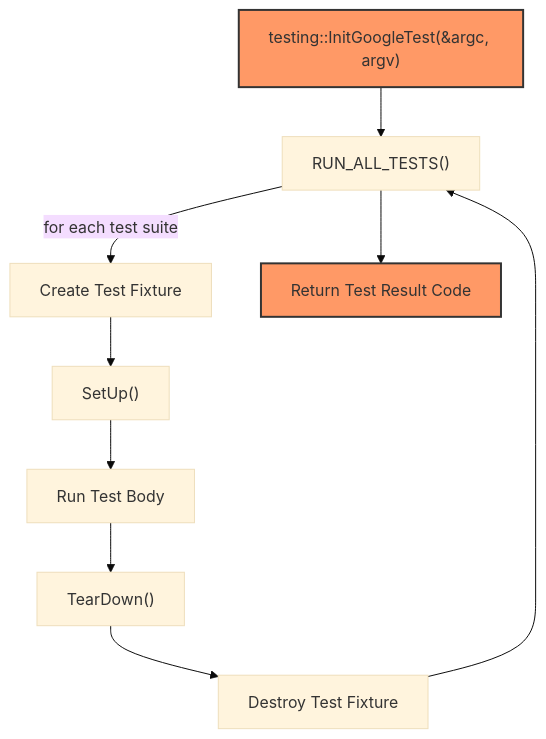
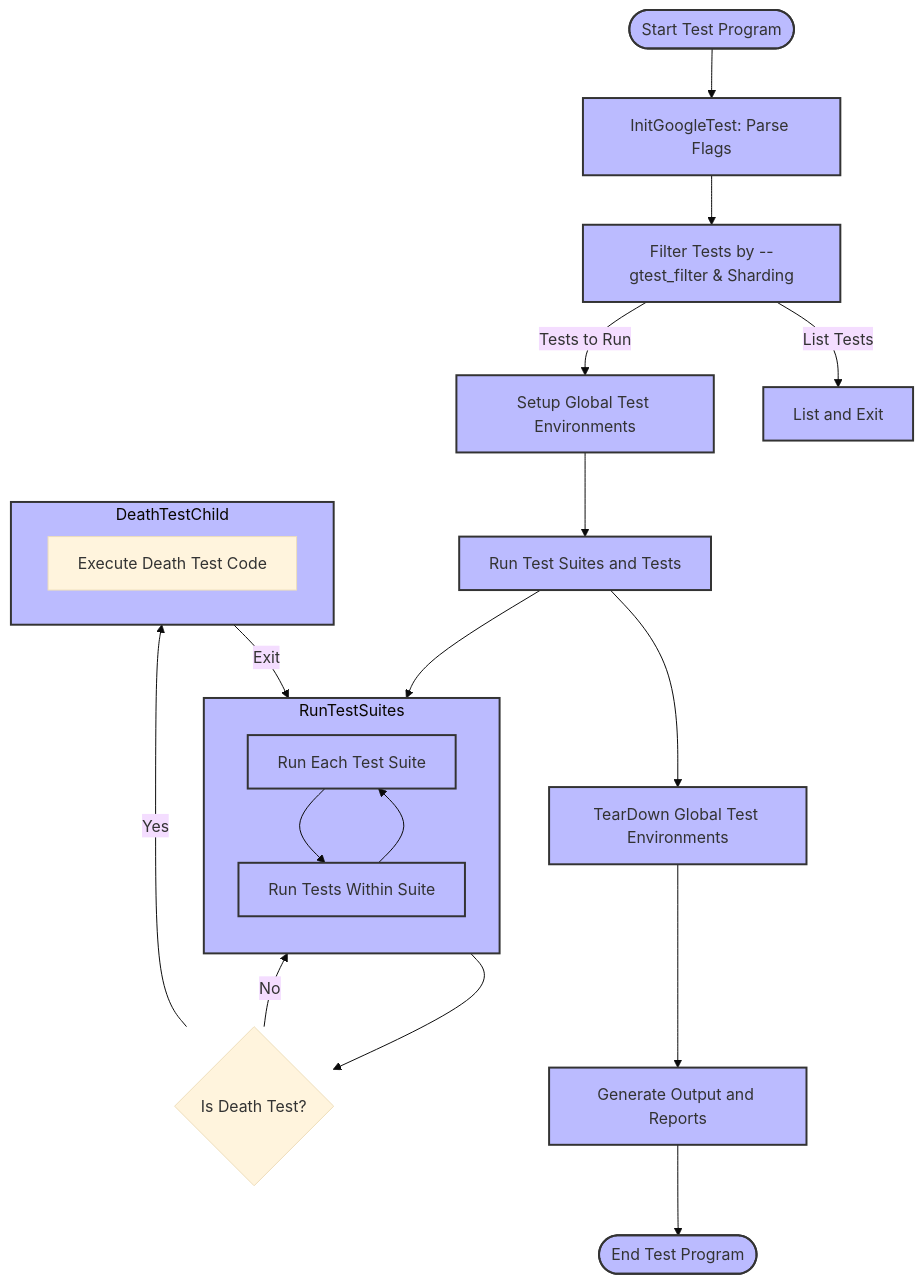
One commit to clidey/docucod-public-project-869ef7c3-7eff-4ad2-9765-2698303f14d7 changed the diagram in api-reference/core-testing-api/test-execution.mdx. Above: the diagram before and after it, drawn with Mermaid (base theme). The commit also changed other lines of this file and 57 other files, not shown here.

````diff
--- a/api-reference/core-testing-api/test-execution.mdx
+++ b/api-reference/core-testing-api/test-execution.mdx
@@ -205,16 +250,35 @@
 ```mermaid
 flowchart TD
 
-  Init["testing::InitGoogleTest(&argc, argv)"] --> RunTests["RUN_ALL_TESTS()"]
+  Start([Start Test Program]) --> Init[InitGoogleTest: Parse Flags]
+  Init --> Filter[Filter Tests by --gtest_filter & Sharding]
+  Filter -->|List Tests| ListTests[List and Exit]
+  Filter --> |Tests to Run| SetupEnvs[Setup Global Test Environments]
+  SetupEnvs --> Run[Run Test Suites and Tests]
+  Run --> TearDownEnvs[TearDown Global Test Environments]
+  TearDownEnvs --> Report[Generate Output and Reports]
+  Report --> End([End Test Program])
 
-  RunTests -->|for each test suite| FixtureCreate["Create Test Fixture"]
-  FixtureCreate --> Setup["SetUp()"]
-  Setup --> TestBody["Run Test Body"]
-  TestBody --> TearDown["TearDown()"]
-  TearDown --> FixtureDestroy["Destroy Test Fixture"]
-  FixtureDestroy --> RunTests
-  RunTests --> Exit["Return Test Result Code"]
+  subgraph RunTestSuites
+    direction TB
+    RunSuites[Run Each Test Suite]
+    RunSuites --> RunTests[Run Tests Within Suite]
+    RunTests --> RunSuites
+  end
 
-  classDef startend fill:#f96,stroke:#333,stroke-width:2px;
-  class Init,Exit startend;
+  Run --> RunTestSuites
+
+  subgraph DeathTestChild
+    RunningDeathTest[Execute Death Test Code]
+  end
+
+  %% Death tests fork off child process
+  RunTests --> ForkDeathTest{Is Death Test?}
+  ForkDeathTest -->|Yes| DeathTestChild
+  ForkDeathTest -->|No| RunTests
+  DeathTestChild -->|Exit| RunTests
+
+  classDef process fill:#bbf,stroke:#333,stroke-width:2px;
+  class Start,Init,Filter,ListTests,SetupEnvs,Run,TearDownEnvs,Report,End,RunTestSuites,RunSuites,RunTests process;
+  class DeathTestChild process;
 ```
````
